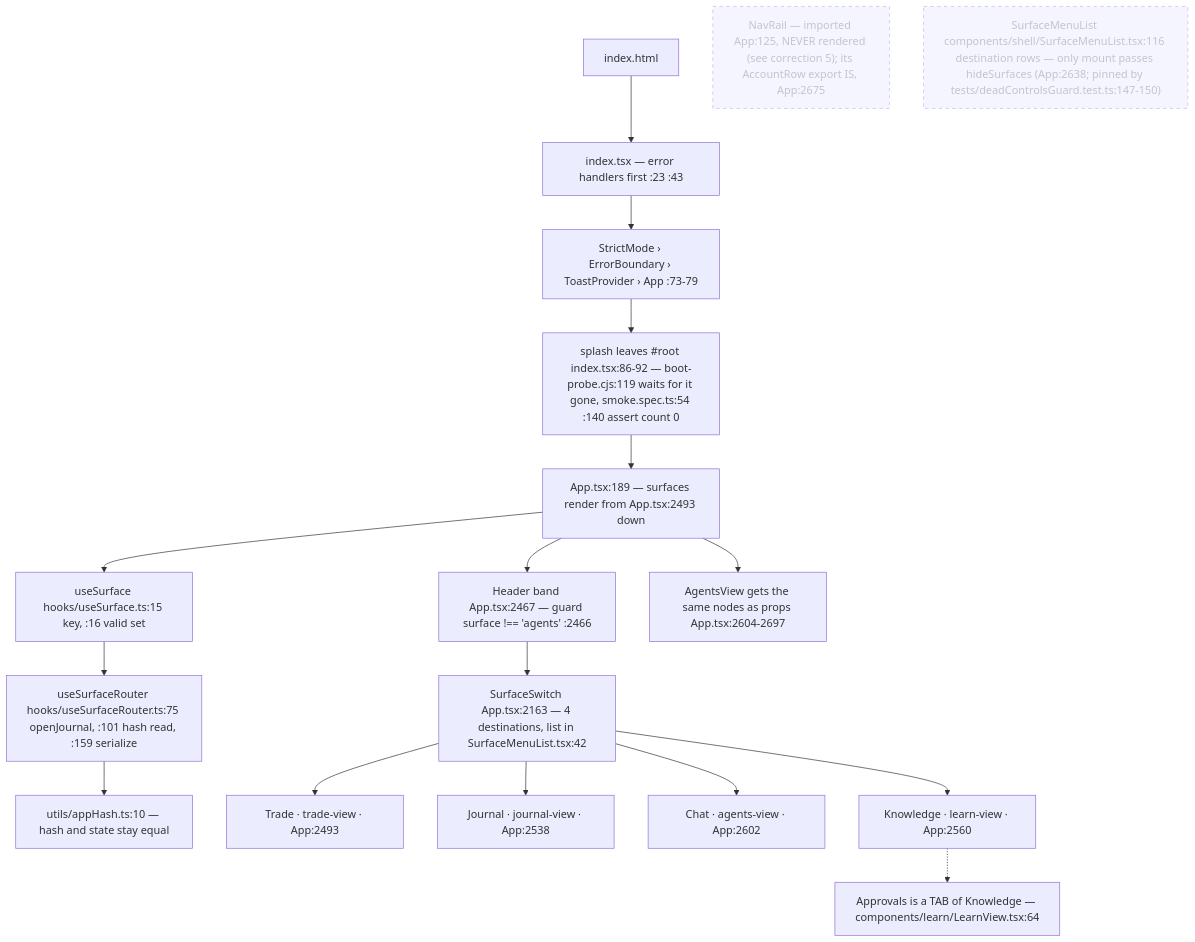
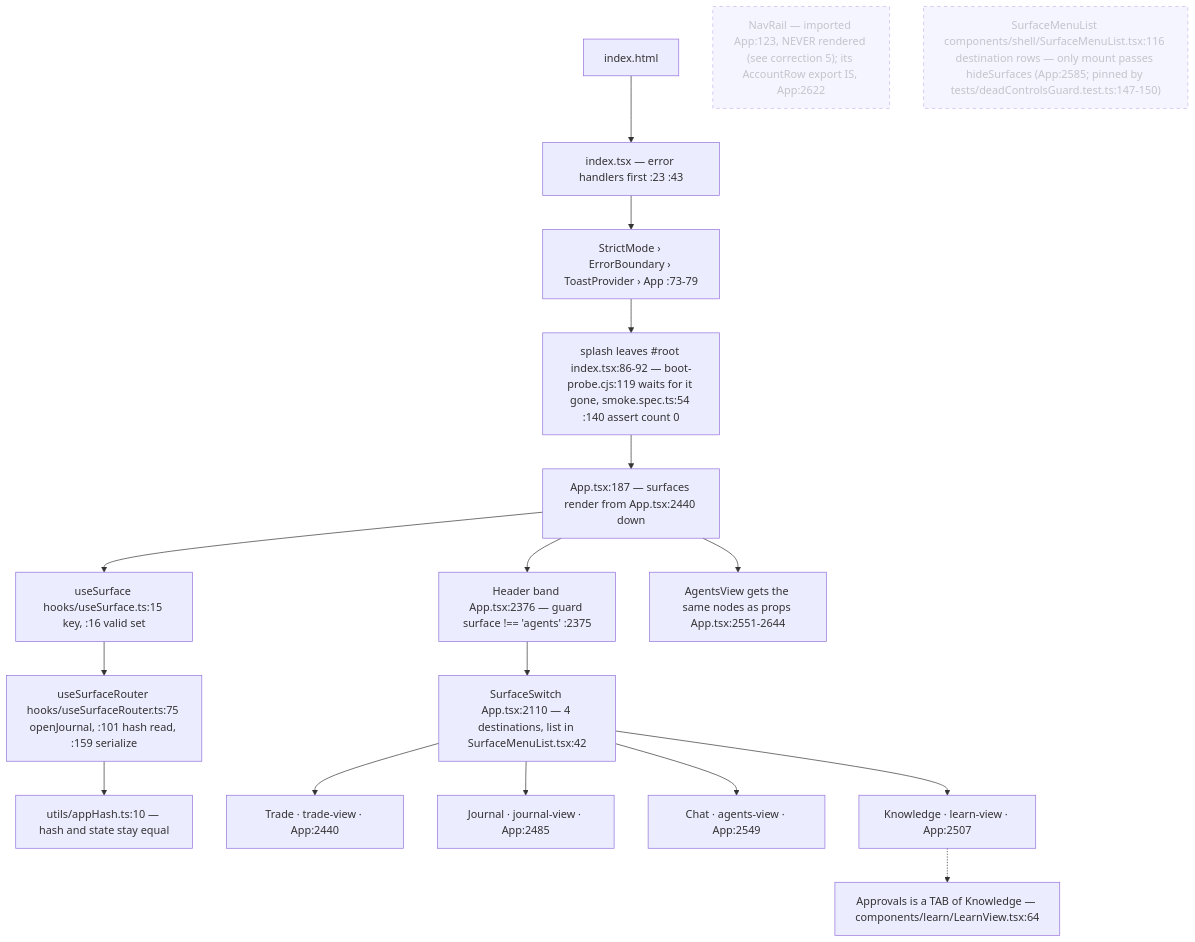
One commit to Acepay25/august-3.5 changed the first of 7 diagrams in docs/app-flow.md. Above: the diagram before and after it, drawn with Mermaid. The commit also changed other lines of this file and 4 other files, not shown here.

````diff
--- a/docs/app-flow.md
+++ b/docs/app-flow.md
@@ -32,21 +32,21 @@
 ```mermaid
 flowchart TD
     H["index.html"] --> I["index.tsx — error handlers first :23 :43"]
     I --> S["StrictMode › ErrorBoundary › ToastProvider › App :73-79"]
     S --> SP["splash leaves #root index.tsx:86-92 — boot-probe.cjs:119 waits for it gone, smoke.spec.ts:54 :140 assert count 0"]
-    SP --> APP["App.tsx:189 — surfaces render from App.tsx:2493 down"]
+    SP --> APP["App.tsx:187 — surfaces render from App.tsx:2440 down"]
     APP --> US["useSurface hooks/useSurface.ts:15 key, :16 valid set"]
     US --> UR["useSurfaceRouter hooks/useSurfaceRouter.ts:75 openJournal, :101 hash read, :159 serialize"]
     UR --> HASH["utils/appHash.ts:10 — hash and state stay equal"]
-    APP --> HD["Header band App.tsx:2467 — guard surface !== 'agents' :2466"]
-    HD --> SW["SurfaceSwitch App.tsx:2163 — 4 destinations, list in SurfaceMenuList.tsx:42"]
-    APP --> AV["AgentsView gets the same nodes as props App.tsx:2604-2697"]
-    SW --> T["Trade · trade-view · App:2493"]
-    SW --> J["Journal · journal-view · App:2538"]
-    SW --> C["Chat · agents-view · App:2602"]
-    SW --> K["Knowledge · learn-view · App:2560"]
+    APP --> HD["Header band App.tsx:2376 — guard surface !== 'agents' :2375"]
+    HD --> SW["SurfaceSwitch App.tsx:2110 — 4 destinations, list in SurfaceMenuList.tsx:42"]
+    APP --> AV["AgentsView gets the same nodes as props App.tsx:2551-2644"]
+    SW --> T["Trade · trade-view · App:2440"]
+    SW --> J["Journal · journal-view · App:2485"]
+    SW --> C["Chat · agents-view · App:2549"]
+    SW --> K["Knowledge · learn-view · App:2507"]
     K -.-> AP["Approvals is a TAB of Knowledge — components/learn/LearnView.tsx:64"]
-    NR["NavRail — imported App:125, NEVER rendered (see correction 5); its AccountRow export IS, App:2675"]:::dead
-    SM["SurfaceMenuList components/shell/SurfaceMenuList.tsx:116 destination rows — only mount passes hideSurfaces (App:2638; pinned by tests/deadControlsGuard.test.ts:147-150)"]:::dead
+    NR["NavRail — imported App:123, NEVER rendered (see correction 5); its AccountRow export IS, App:2622"]:::dead
+    SM["SurfaceMenuList components/shell/SurfaceMenuList.tsx:116 destination rows — only mount passes hideSurfaces (App:2585; pinned by tests/deadControlsGuard.test.ts:147-150)"]:::dead
     classDef dead stroke-dasharray: 5 5,opacity:.5
 ```
````
